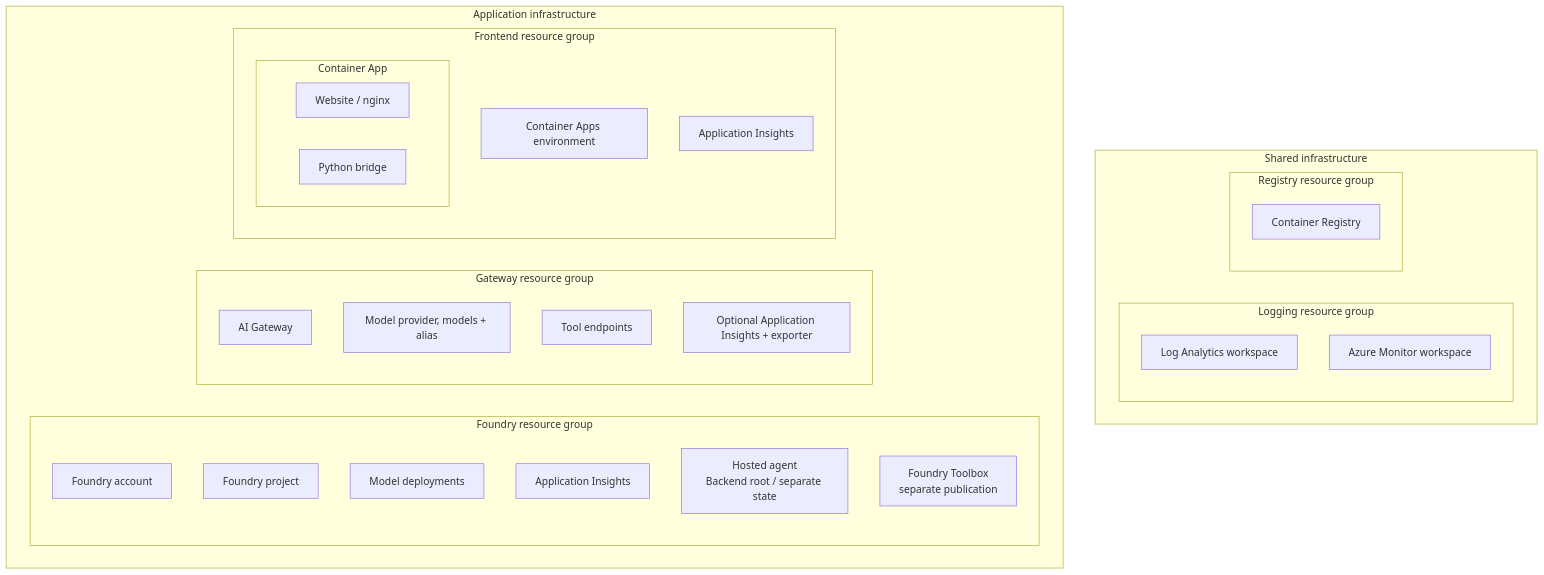
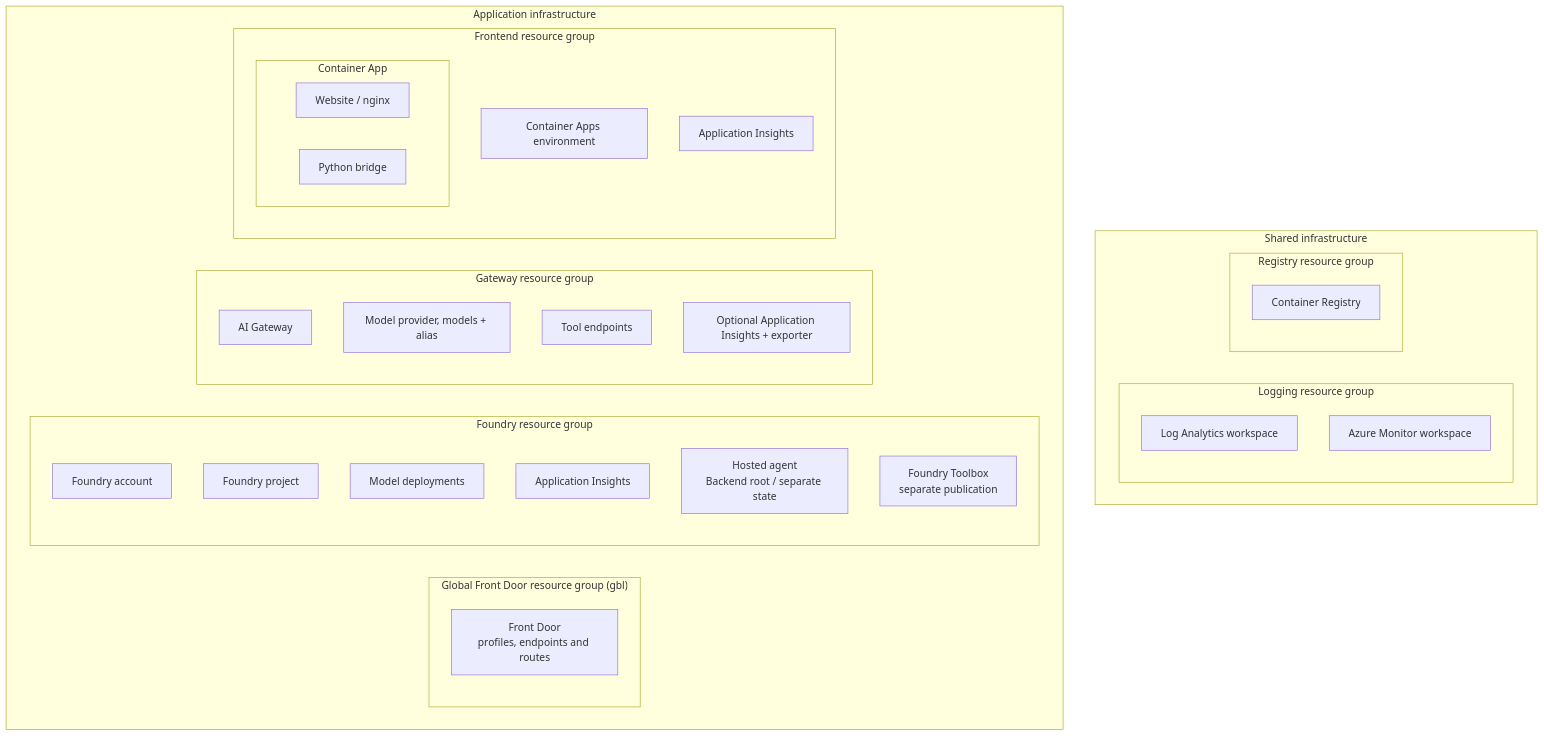
The diagram in infra/README.md (JFolberth/ski-school), drawn with Mermaid before and after one commit. The commit also changed other lines of this file and 9 other files, not shown here.

Commit message:
Document Front Door and rename workflows

````diff
--- a/infra/README.md
+++ b/infra/README.md
@@ -27,44 +27,47 @@
 ```mermaid
 flowchart TB
   subgraph Shared["Shared infrastructure"]
     direction LR
     subgraph LogRG["Logging resource group"]
       direction TB
       LogAnalytics["Log Analytics workspace"]
       Monitor["Azure Monitor workspace"]
     end
     subgraph RegistryRG["Registry resource group"]
       Registry["Container Registry"]
     end
   end
 
   subgraph Application["Application infrastructure"]
     direction LR
+    subgraph GlobalRG["Global Front Door resource group (gbl)"]
+      FrontDoor["Front Door<br/>profiles, endpoints and routes"]
+    end
     subgraph FoundryRG["Foundry resource group"]
       direction TB
       Account["Foundry account"]
       Project["Foundry project"]
       Models["Model deployments"]
       Insights["Application Insights"]
       Agent["Hosted agent<br/>Backend root / separate state"]
       Toolbox["Foundry Toolbox<br/>separate publication"]
     end
     subgraph GatewayRG["Gateway resource group"]
       direction TB
       Gateway["AI Gateway"]
       Routing["Model provider, models + alias"]
       Tools["Tool endpoints"]
       GatewayInsights["Optional Application Insights + exporter"]
     end
     subgraph FrontendRG["Frontend resource group"]
       direction TB
       Environment["Container Apps environment"]
       subgraph FrontendApp["Container App"]
         direction LR
         Website["Website / nginx"]
         Bridge["Python bridge"]
       end
       FrontendInsights["Application Insights"]
     end
   end
 ```
````
